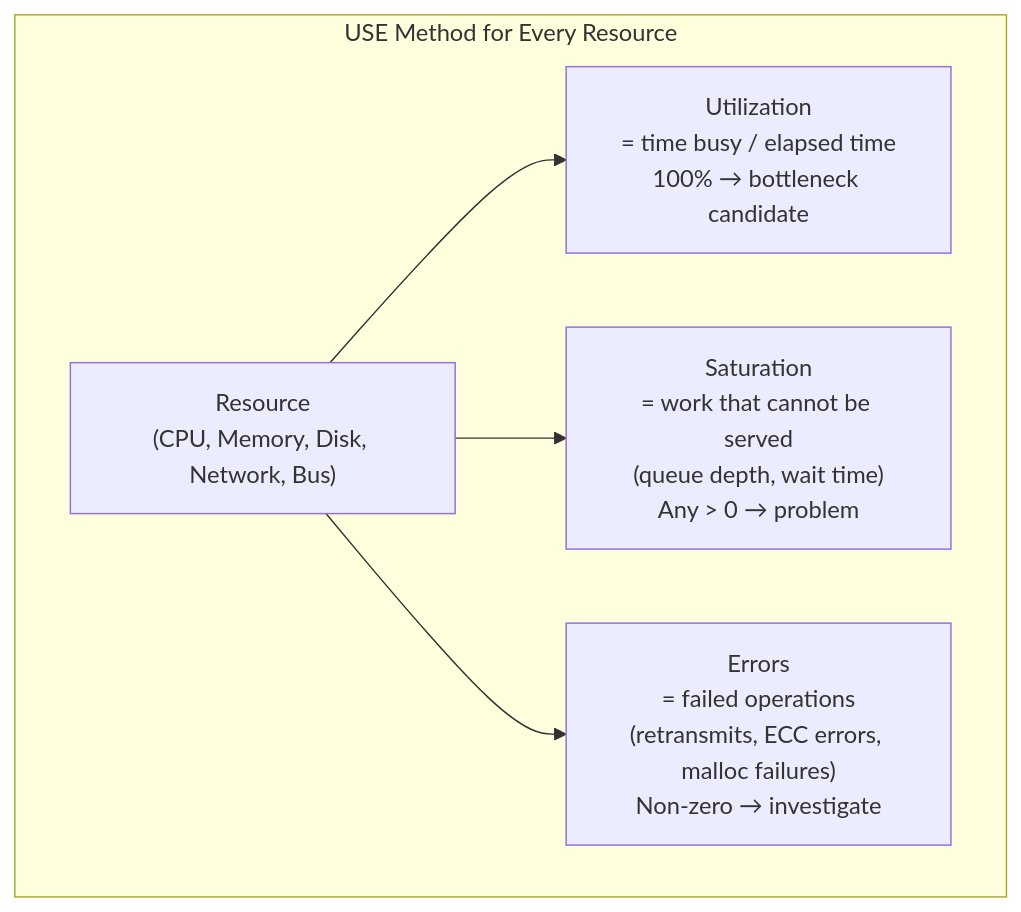
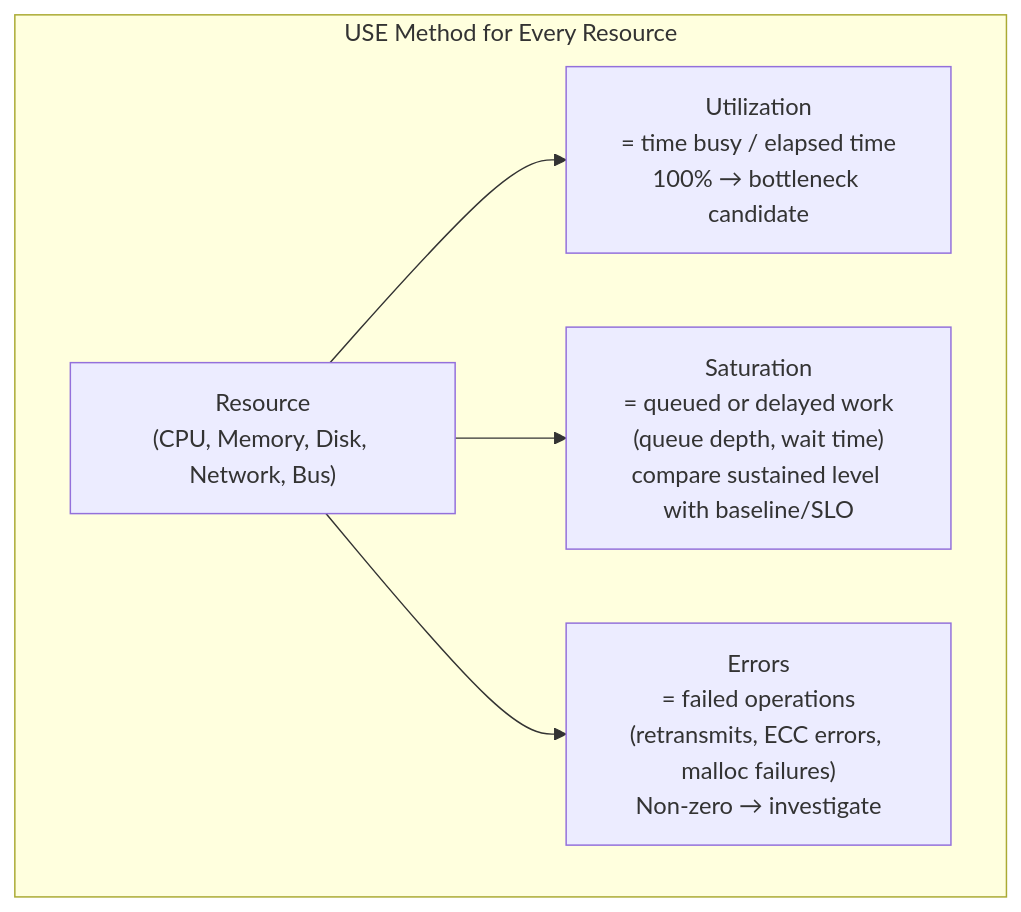
Before and after one commit to choisimo/document: the first of 29 diagrams in content/docs/books/systems/systems-performance.md, drawn with Mermaid. The commit also changed other lines of this file and 504 other files, not shown here.

````diff
--- a/content/docs/books/systems/systems-performance.md
+++ b/content/docs/books/systems/systems-performance.md
@@ -12,12 +19,12 @@
 ```mermaid
 flowchart TD
   subgraph "USE Method for Every Resource"
     R["Resource\n(CPU, Memory, Disk, Network, Bus)"]
     U["Utilization\n= time busy / elapsed time\n100% → bottleneck candidate"]
-    S["Saturation\n= work that cannot be served\n(queue depth, wait time)\nAny > 0 → problem"]
+    S["Saturation\n= queued or delayed work\n(queue depth, wait time)\ncompare sustained level with baseline/SLO"]
     E["Errors\n= failed operations\n(retransmits, ECC errors, malloc failures)\nNon-zero → investigate"]
     R --> U
     R --> S
     R --> E
   end
 ```
````
